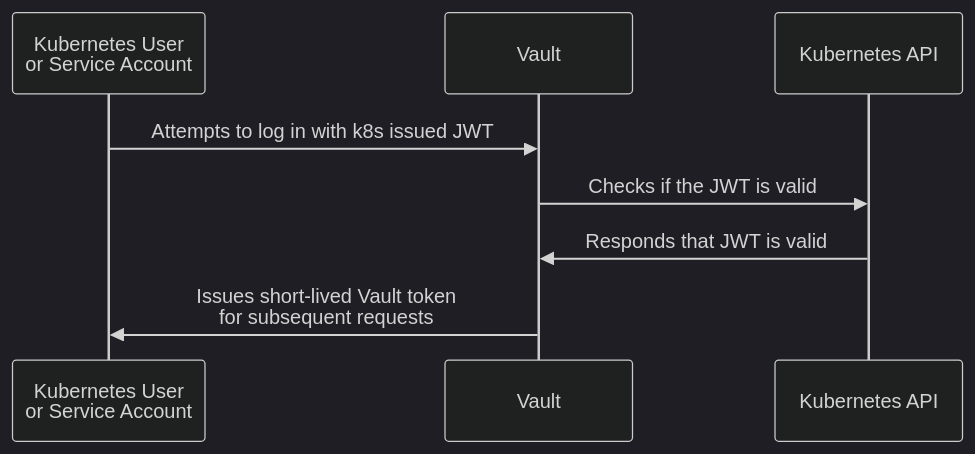
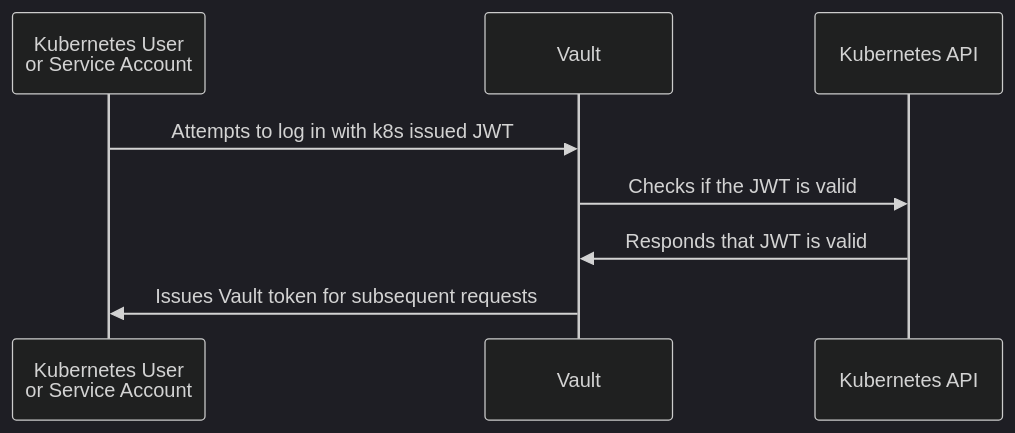
Before and after one commit to hello-world-vault/.github: the diagram in vault-101.md, drawn with Mermaid (dark theme).

Commit message:
Remove short-lived from diagram action

````diff
--- a/vault-101.md
+++ b/vault-101.md
@@ -64,11 +64,11 @@
 ```mermaid
 sequenceDiagram
     participant User as Kubernetes User<br />or Service Account
     participant Vault
     participant K8s as Kubernetes API
 
     User->>Vault: Attempts to log in with k8s issued JWT
     Vault->>K8s: Checks if the JWT is valid
     K8s->>Vault: Responds that JWT is valid
-    Vault->>User: Issues short-lived Vault token<br />for subsequent requests
+    Vault->>User: Issues Vault token for subsequent requests
 ```
````
